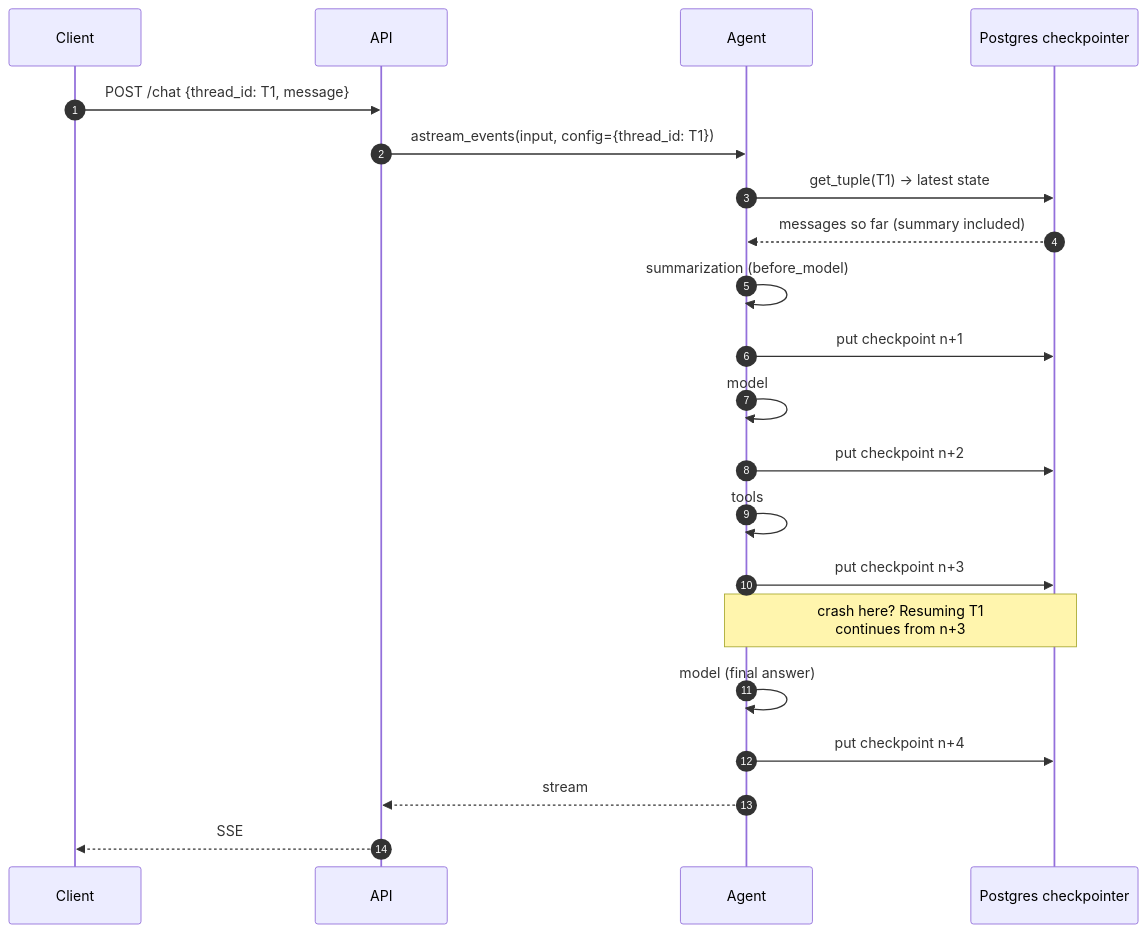
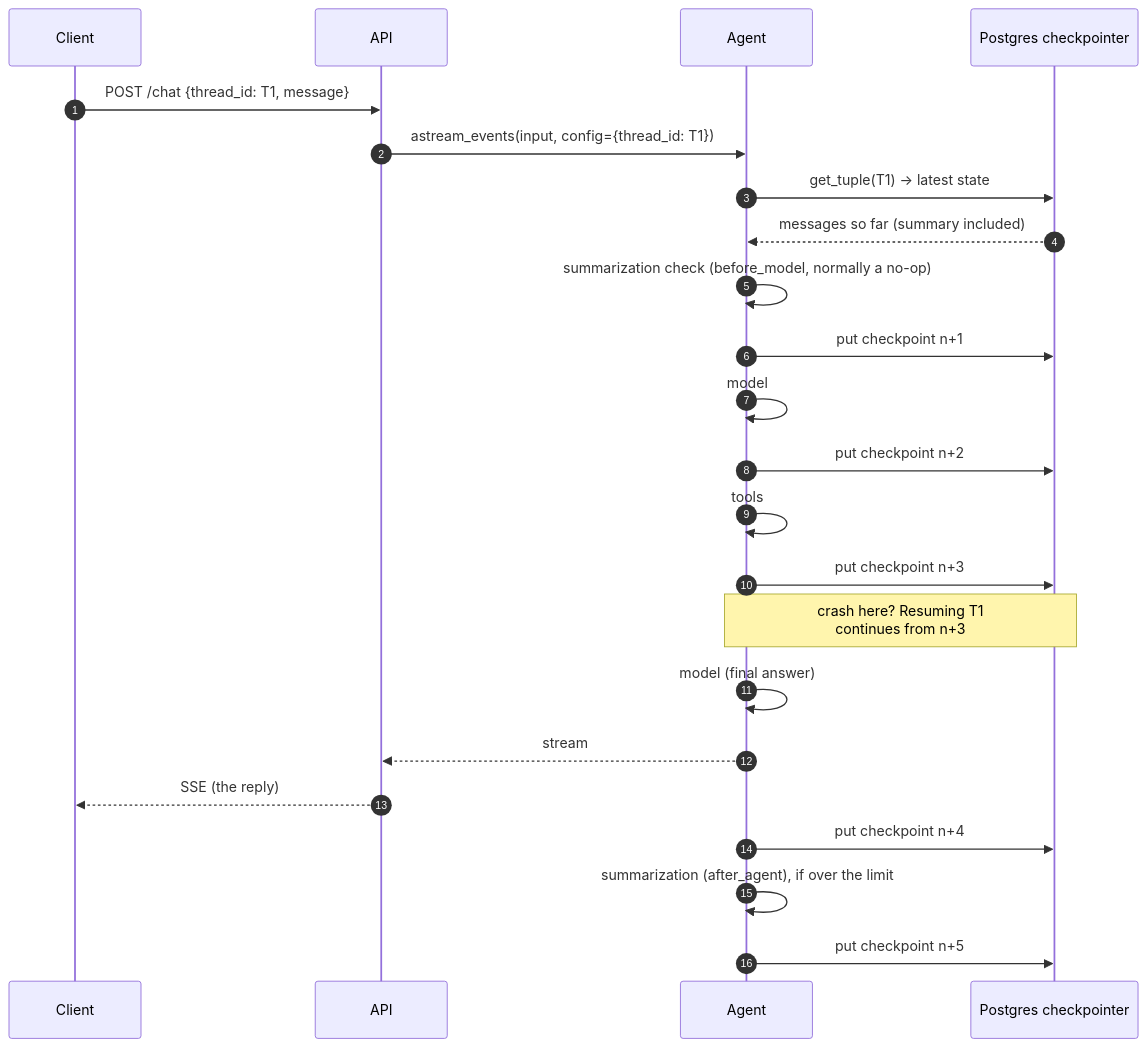
One commit to Anirudh1905/agentic-ai-chatbot changed the second of 3 diagrams in docs/phase-3-short-term-memory-checkpointing.md. Above: the diagram before and after it, drawn with Mermaid. The commit also changed other lines of this file and 16 other files, not shown here.

First line of the commit message:
Cut latency: summarize after the reply, recall only on change, faster summary model

````diff
--- a/docs/phase-3-short-term-memory-checkpointing.md
+++ b/docs/phase-3-short-term-memory-checkpointing.md
@@ -49,24 +50,26 @@
 ```mermaid
 sequenceDiagram
     autonumber
     participant C as Client
     participant A as API
     participant G as Agent
     participant P as Postgres checkpointer
 
     C->>A: POST /chat {thread_id: T1, message}
     A->>G: astream_events(input, config={thread_id: T1})
     G->>P: get_tuple(T1) → latest state
     P-->>G: messages so far (summary included)
-    G->>G: summarization (before_model)
+    G->>G: summarization check (before_model, normally a no-op)
     G->>P: put checkpoint n+1
     G->>G: model
     G->>P: put checkpoint n+2
     G->>G: tools
     G->>P: put checkpoint n+3
     Note over G,P: crash here? Resuming T1<br/>continues from n+3
     G->>G: model (final answer)
+    G-->>A: stream
+    A-->>C: SSE (the reply)
     G->>P: put checkpoint n+4
-    G-->>A: stream
-    A-->>C: SSE
+    G->>G: summarization (after_agent), if over the limit
+    G->>P: put checkpoint n+5
 ```
````
